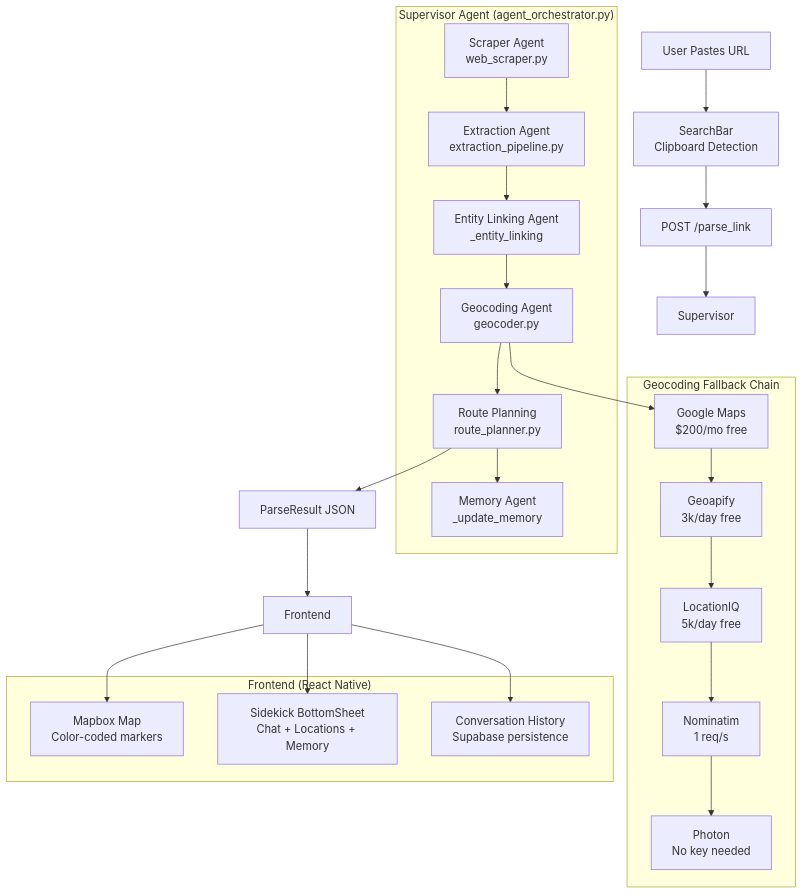
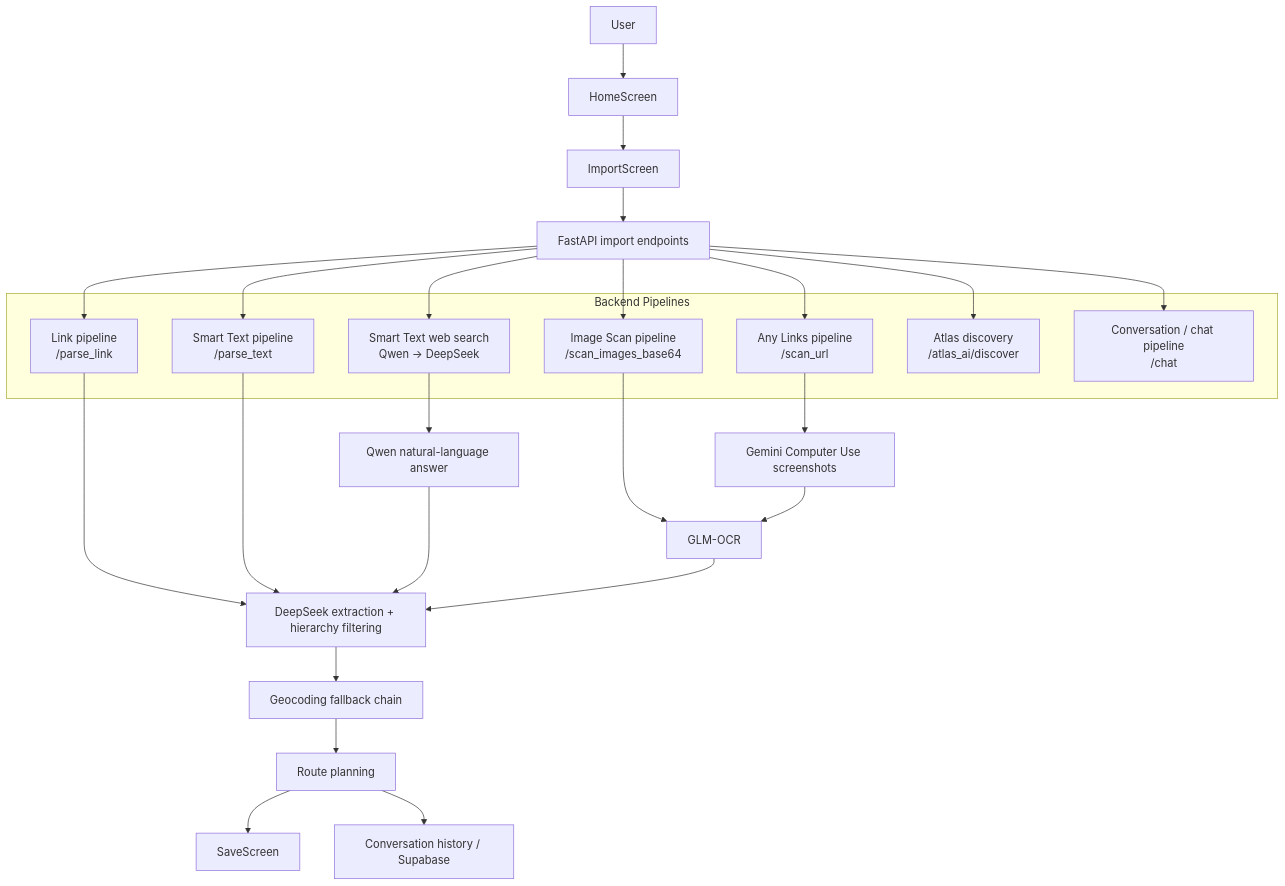
One commit to zjwang168/atlas-mobile changed the first of 2 diagrams in README.md. Above: the diagram before and after it, drawn with Mermaid. The commit also changed other lines of this file and 58 other files, not shown here.

Commit message:
Smart Text, Image Scan, Any Links, offline LLM engineering, web search LLM engineering, and pure vision module aggregation

````diff
--- a/README.md
+++ b/README.md
@@ -19,47 +27,37 @@
 ```mermaid
 graph TD
-    User[User Pastes URL] --> SearchBar[SearchBar<br/>Clipboard Detection]
-    SearchBar --> API[POST /parse_link]
+    User[User] --> Home[HomeScreen]
+    Home --> Import[ImportScreen]
+    Import --> Backend[FastAPI import endpoints]
 
-    subgraph "Supervisor Agent (agent_orchestrator.py)"
-        Scraper[Scraper Agent<br/>web_scraper.py]
-        Extraction[Extraction Agent<br/>extraction_pipeline.py]
-        EntityLink[Entity Linking Agent<br/>_entity_linking]
-        Geocoding[Geocoding Agent<br/>geocoder.py]
-        Route[Route Planning<br/>route_planner.py]
-        Memory[Memory Agent<br/>_update_memory]
-
-        Scraper --> Extraction
-        Extraction --> EntityLink
-        EntityLink --> Geocoding
-        Geocoding --> Route
-        Route --> Memory
+    subgraph Backend Pipelines
+        Link[Link pipeline<br/>/parse_link]
+        Text[Smart Text pipeline<br/>/parse_text]
+        WebText[Smart Text web search<br/>Qwen -> DeepSeek]
+        Image[Image Scan pipeline<br/>/scan_images_base64]
+        Any[Any Links pipeline<br/>/scan_url]
+        Discover[Atlas discovery<br/>/atlas_ai/discover]
+        Chat[Conversation / chat pipeline<br/>/chat]
     end
 
-    API --> Supervisor
+    Backend --> Link
+    Backend --> Text
+    Backend --> WebText
+    Backend --> Image
+    Backend --> Any
+    Backend --> Discover
+    Backend --> Chat
 
-    subgraph "Geocoding Fallback Chain"
-        G1[Google Maps<br/>$200/mo free]
-        G2[Geoapify<br/>3k/day free]
-        G3[LocationIQ<br/>5k/day free]
-        G4[Nominatim<br/>1 req/s]
-        G5[Photon<br/>No key needed]
-
-        G1 --> G2 --> G3 --> G4 --> G5
-    end
-
-    Geocoding --> G1
-
-    Route --> Response[ParseResult JSON]
-    Response --> Frontend
-
-    subgraph "Frontend (React Native)"
-        Map[Mapbox Map<br/>Color-coded markers]
-        Sidekick[Sidekick BottomSheet<br/>Chat + Locations + Memory]
-        History[Conversation History<br/>Supabase persistence]
-    end
-
-    Frontend --> Map
-    Frontend --> Sidekick
-    Frontend --> History
+    Link --> Extract[DeepSeek extraction + hierarchy filtering]
+    Text --> Extract
+    WebText --> Qwen[Qwen natural-language answer]
+    Qwen --> Extract
+    Image --> OCR[GLM-OCR]
+    OCR --> Extract
+    Any --> Gemini[Gemini Computer Use screenshots]
+    Gemini --> OCR
+    Extract --> Geo[Geocoding fallback chain]
+    Geo --> Route[Route planning]
+    Route --> Save[SaveScreen]
+    Route --> History[Conversation history / Supabase]
 ```
````
